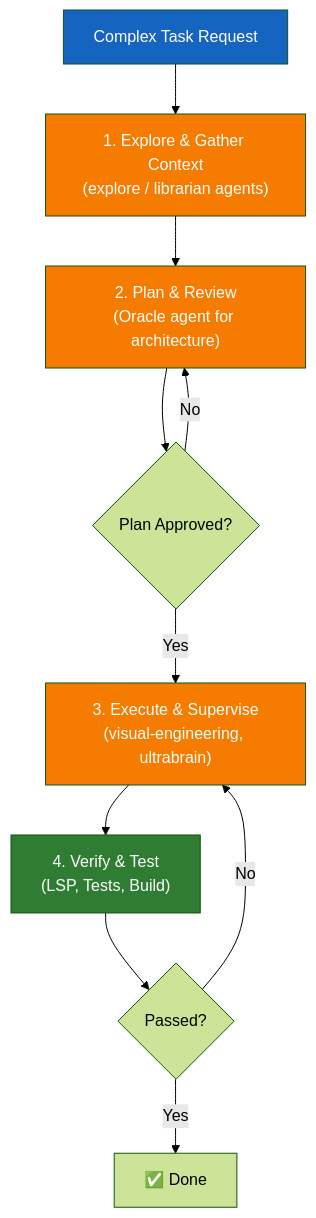
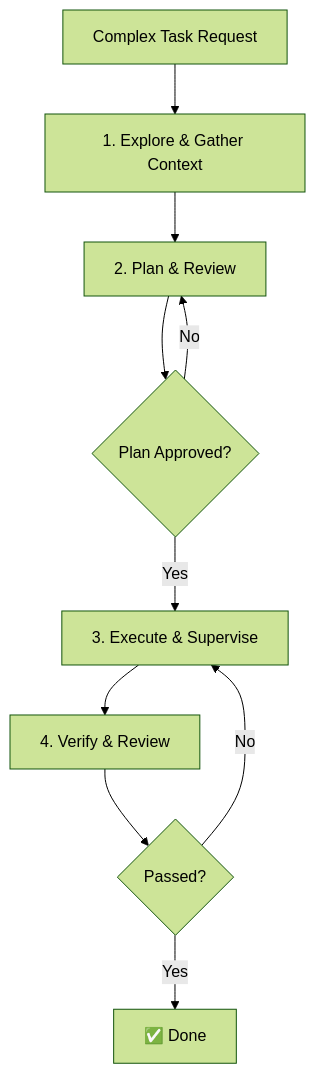
The diagram in 09-advanced-workflows/README.md (VanGoghBuilder/opencode-harness-guide), drawn with Mermaid (forest theme) before and after one commit. The commit also changed other lines of this file and 19 other files, not shown here.

````diff
--- a/09-advanced-workflows/README.md
+++ b/09-advanced-workflows/README.md
@@ -31,18 +54,12 @@
 ```mermaid
 graph TD
-    A["Complex Task Request"] --> B["1. Explore & Gather Context<br/>(explore / librarian agents)"]
-    B --> C["2. Plan & Review<br/>(Oracle agent for architecture)"]
+    A["Complex Task Request"] --> B["1. Explore & Gather Context"]
+    B --> C["2. Plan & Review"]
     C --> D{"Plan Approved?"}
     D -->|No| C
-    D -->|Yes| E["3. Execute & Supervise<br/>(visual-engineering, ultrabrain)"]
-    E --> F["4. Verify & Test<br/>(LSP, Tests, Build)"]
+    D -->|Yes| E["3. Execute & Supervise"]
+    E --> F["4. Verify & Review"]
     F --> G{"Passed?"}
     G -->|No| E
     G -->|Yes| H["✅ Done"]
-    
-    style A fill:#1565C0,color:#fff
-    style B fill:#F57C00,color:#fff
-    style C fill:#F57C00,color:#fff
-    style E fill:#F57C00,color:#fff
-    style F fill:#2E7D32,color:#fff
 ```
````
